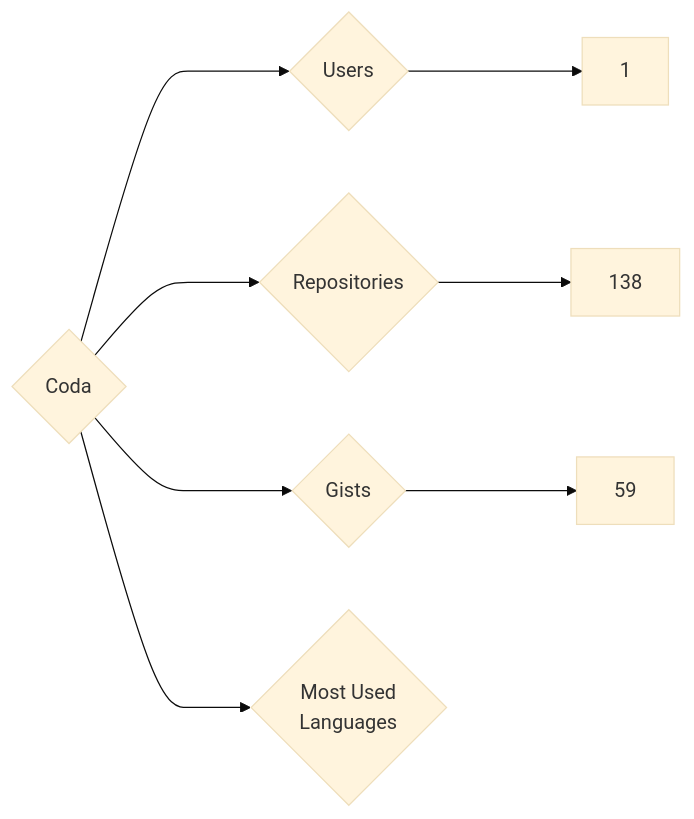
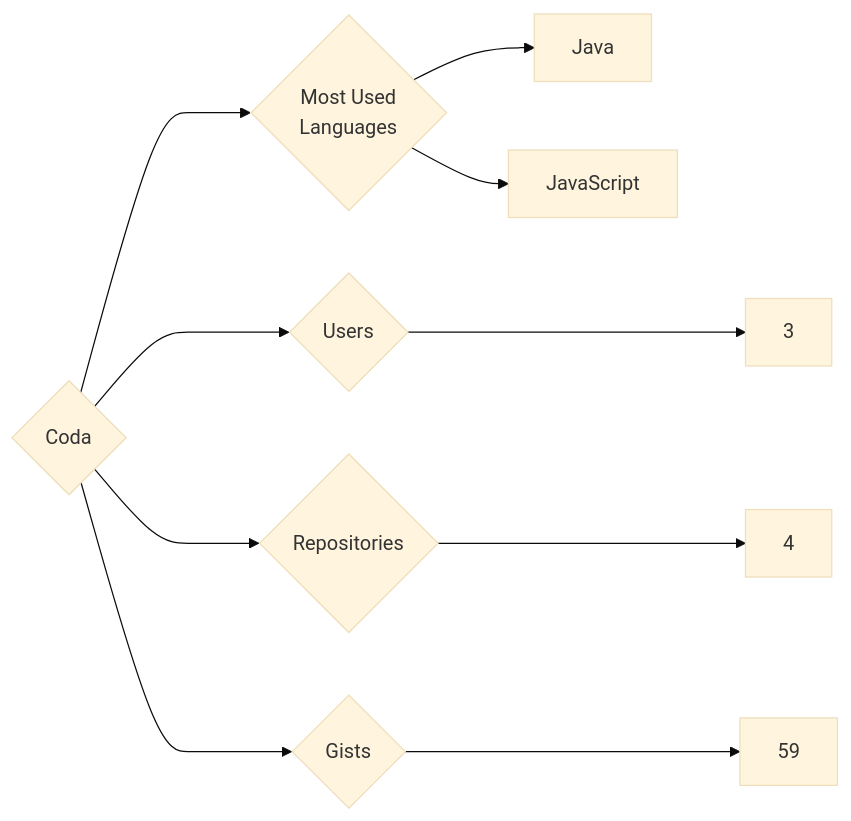
One commit to trickest/insiders changed the diagram in targets/Coda/README.md. Above: the diagram before and after it, drawn with Mermaid (base theme). The commit also changed 1020 other files, not shown here.

````diff
--- a/targets/Coda/README.md
+++ b/targets/Coda/README.md
@@ -3,8 +3,10 @@
 ```mermaid
 graph LR
 COMPANY_NAME{Coda}
-COMPANY_NAME ---> U{Users} ---> UN[1]
-COMPANY_NAME ---> R{Repositories} ---> RN[138]
+COMPANY_NAME ---> U{Users} ---> UN[3]
+COMPANY_NAME ---> R{Repositories} ---> RN[4]
 COMPANY_NAME ---> G{Gists} ---> GN[59]
 COMPANY_NAME ---> ML{Most Used<br>Languages}
+ML --> Java[Java]
+ML --> JavaScript[JavaScript]
 ```
````
